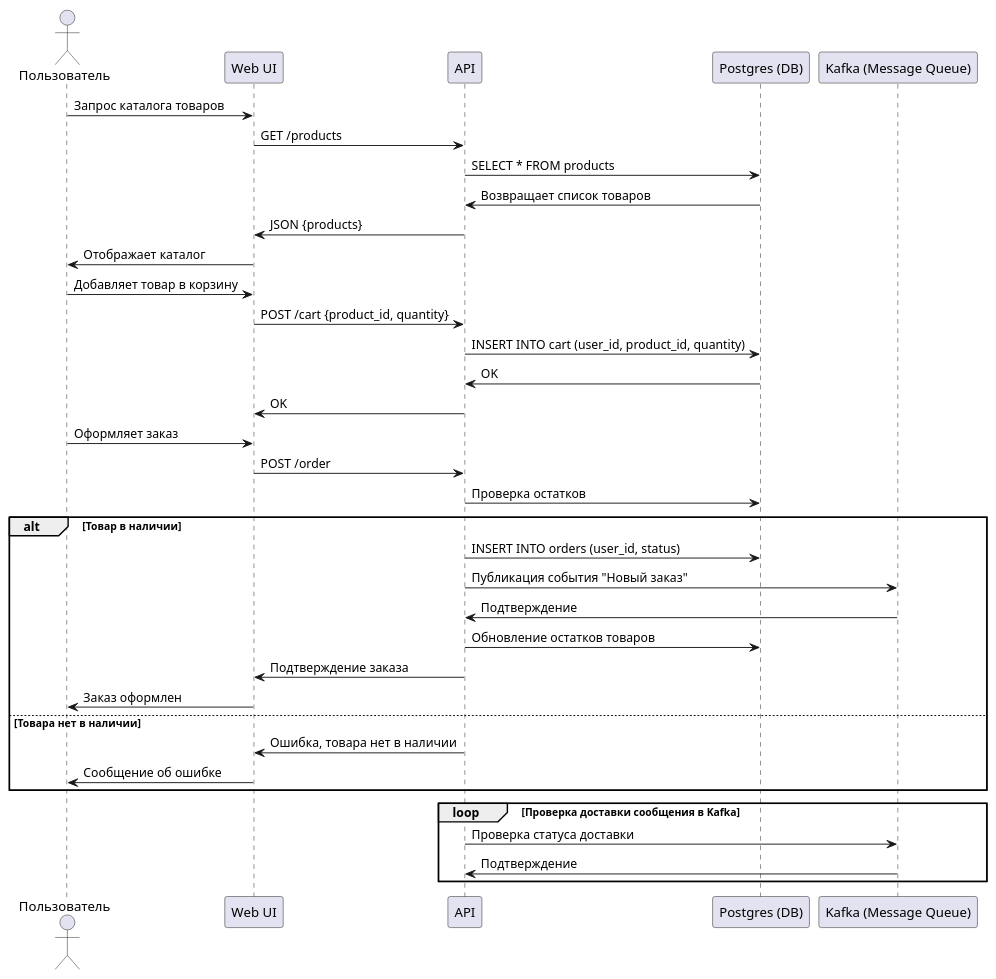
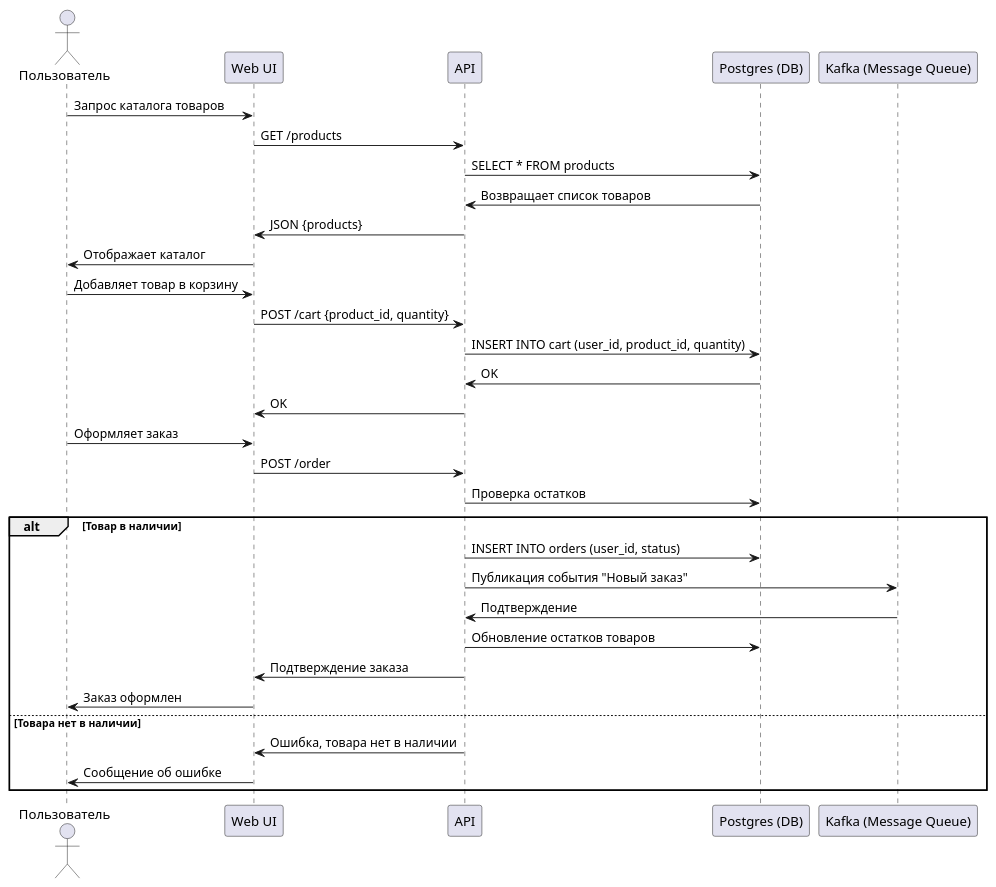
One commit to AndreyMTT/test changed the diagram in sequence.puml. Above: the diagram before and after it, drawn with PlantUML. The commit also changed 2 other files, not shown here.

```diff
--- a/sequence.puml
+++ b/sequence.puml
@@ -1,43 +1,40 @@
 @startuml
 
 
 actor "Пользователь"
 participant "Web UI" as WebUI
 participant "API" as Backend
 participant "Postgres (DB)" as DB
 participant "Kafka (Message Queue)" as Kafka
 
 Пользователь -> WebUI: Запрос каталога товаров
 WebUI -> Backend: GET /products
 Backend -> DB: SELECT * FROM products
 DB -> Backend: Возвращает список товаров
 Backend -> WebUI: JSON {products}
 WebUI -> Пользователь: Отображает каталог
 
 Пользователь -> WebUI: Добавляет товар в корзину
 WebUI -> Backend: POST /cart {product_id, quantity}
 Backend -> DB: INSERT INTO cart (user_id, product_id, quantity)
 DB -> Backend: OK
 Backend -> WebUI: OK
 
 Пользователь -> WebUI: Оформляет заказ
 WebUI -> Backend: POST /order
 Backend -> DB: Проверка остатков
 alt Товар в наличии
   Backend -> DB: INSERT INTO orders (user_id, status)
   Backend -> Kafka: Публикация события "Новый заказ"
   Kafka -> Backend: Подтверждение
   Backend -> DB: Обновление остатков товаров
   Backend -> WebUI: Подтверждение заказа
   WebUI -> Пользователь: Заказ оформлен
 else Товара нет в наличии
   Backend -> WebUI: Ошибка, товара нет в наличии
   WebUI -> Пользователь: Сообщение об ошибке
 end
 
-loop Проверка доставки сообщения в Kafka
-  Backend -> Kafka: Проверка статуса доставки
-  Kafka -> Backend: Подтверждение
-end
+
 
 @enduml
```
